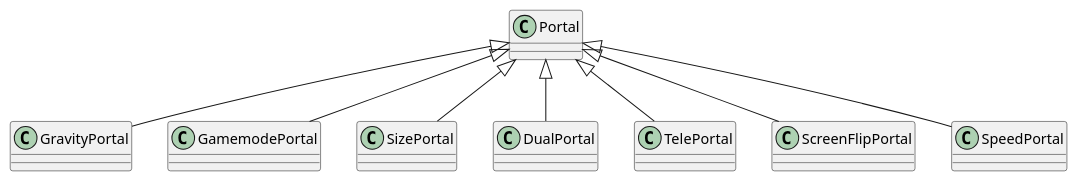
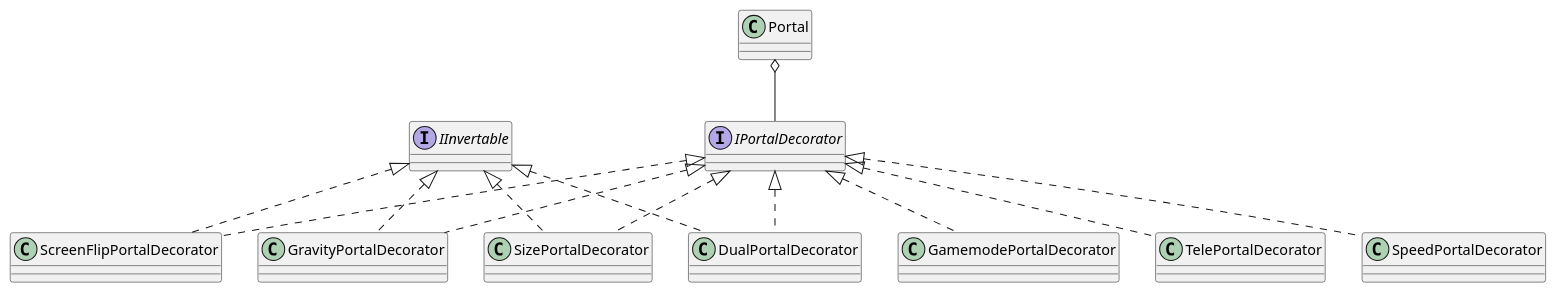
Before and after one commit to Roboolet/DomainDecompositionUML: the diagram in masterfile.plantuml, drawn with PlantUML.

Commit message:
Added IInvertable interface

```diff
--- a/masterfile.plantuml
+++ b/masterfile.plantuml
@@ -1,20 +1,33 @@
 @startuml Geometry Dash Hierarchy
 
-'Portals
+' -- Leas section --
+' Portals
 class Portal
-class GravityPortal
-class GamemodePortal
-class SizePortal
-class DualPortal
-class TelePortal
-class ScreenFlipPortal
-class SpeedPortal
+interface IPortalDecorator
+Interface IInvertable
 
-Portal <|-- GravityPortal
-Portal <|-- GamemodePortal
-Portal <|-- SizePortal
-Portal <|-- DualPortal
-Portal <|-- TelePortal
-Portal <|-- ScreenFlipPortal
-Portal <|-- SpeedPortal
+class GravityPortalDecorator
+class GamemodePortalDecorator
+class SizePortalDecorator
+class DualPortalDecorator
+class TelePortalDecorator
+class ScreenFlipPortalDecorator
+class SpeedPortalDecorator
+
+
+' Decorators
+Portal o-- IPortalDecorator
+IPortalDecorator <|.. GravityPortalDecorator
+IPortalDecorator <|.. GamemodePortalDecorator
+IPortalDecorator <|.. SizePortalDecorator
+IPortalDecorator <|.. DualPortalDecorator
+IPortalDecorator <|.. TelePortalDecorator
+IPortalDecorator <|.. ScreenFlipPortalDecorator
+IPortalDecorator <|.. SpeedPortalDecorator
+
+IInvertable <|.. GravityPortalDecorator
+IInvertable <|.. SizePortalDecorator
+IInvertable <|.. DualPortalDecorator
+IInvertable <|.. ScreenFlipPortalDecorator
+
 @enduml
```
